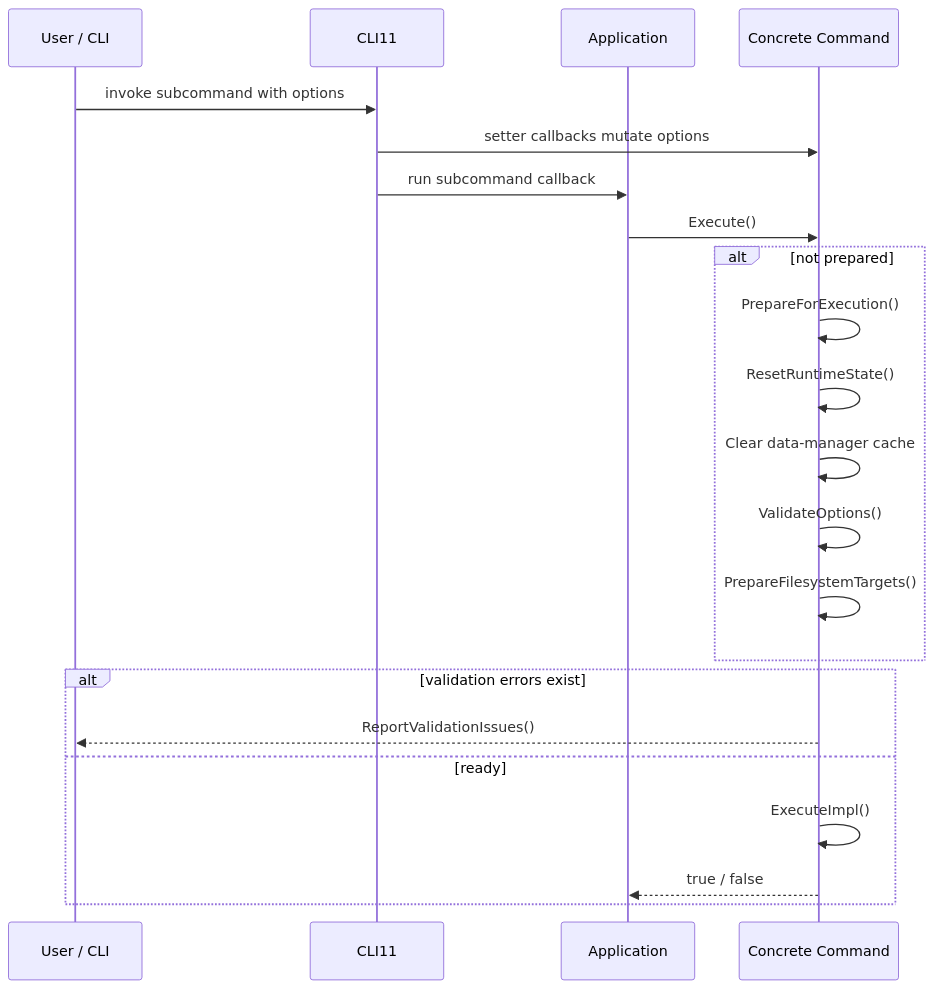
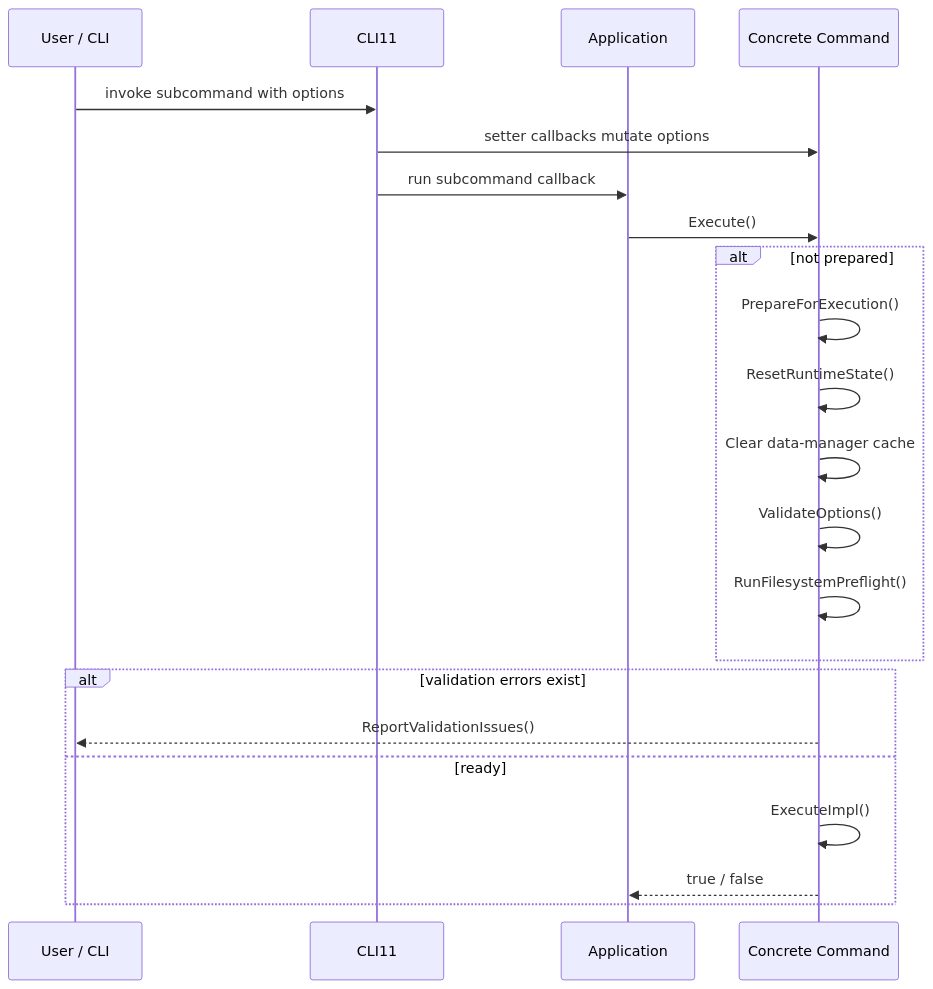
Before and after one commit to yslianTim/rhbm_gem: the second of 2 diagrams in docs/developer/architecture/command-architecture.md, drawn with Mermaid. The commit also changed other lines of this file and 41 other files, not shown here.

````diff
--- a/docs/developer/architecture/command-architecture.md
+++ b/docs/developer/architecture/command-architecture.md
@@ -203,25 +212,25 @@
 ```mermaid
 sequenceDiagram
     participant User as User / CLI
     participant CLI as CLI11
     participant App as Application
     participant Cmd as Concrete Command
 
     User->>CLI: invoke subcommand with options
     CLI->>Cmd: setter callbacks mutate options
     CLI->>App: run subcommand callback
     App->>Cmd: Execute()
     alt not prepared
         Cmd->>Cmd: PrepareForExecution()
         Cmd->>Cmd: ResetRuntimeState()
         Cmd->>Cmd: Clear data-manager cache
         Cmd->>Cmd: ValidateOptions()
-        Cmd->>Cmd: PrepareFilesystemTargets()
+        Cmd->>Cmd: RunFilesystemPreflight()
     end
     alt validation errors exist
         Cmd-->>User: ReportValidationIssues()
     else ready
         Cmd->>Cmd: ExecuteImpl()
         Cmd-->>App: true / false
     end
 ```
````
